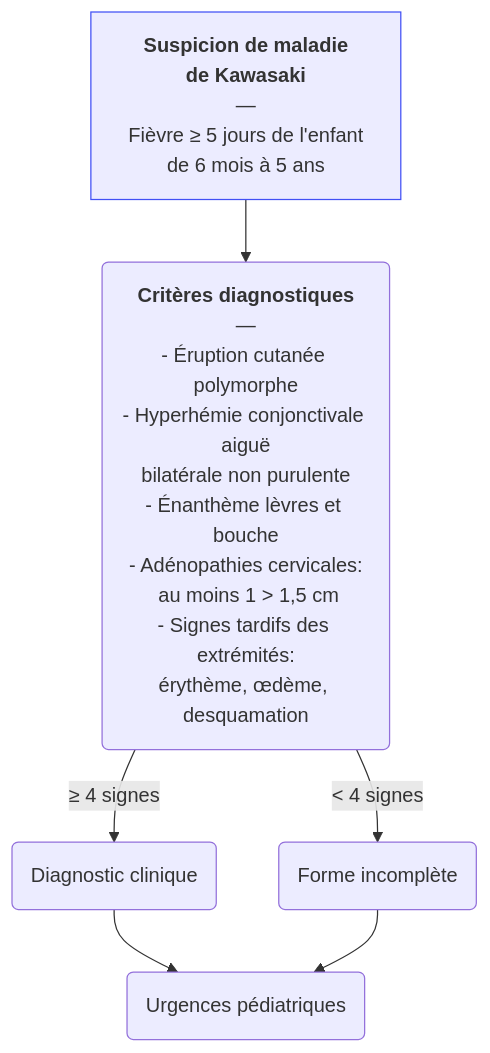
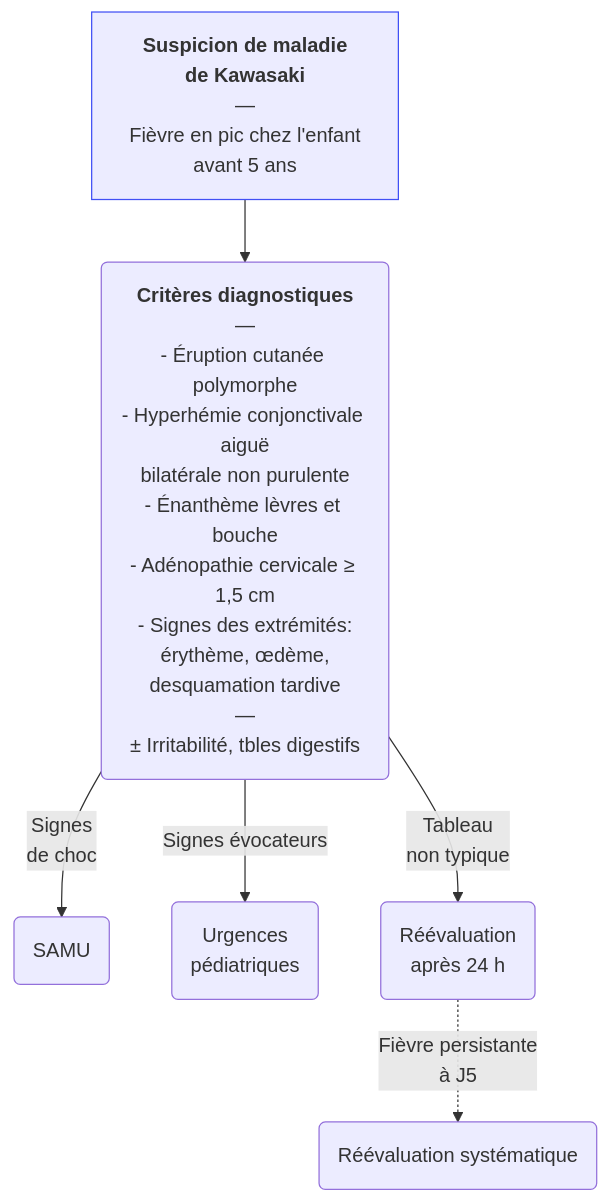
One commit to djibe/recommandations-medicales changed the diagram in content/recommandations/maladie-kawasaki.md. Above: the diagram before and after it, drawn with Mermaid. The commit also changed other lines of this file, not shown here.

```diff
--- a/content/recommandations/maladie-kawasaki.md
+++ b/content/recommandations/maladie-kawasaki.md
@@ -115,6 +131,7 @@
 {{< mermaid title="Prise en charge de la suspicion de maladie de Kawasaki par le médecin généraliste. Drs Alaedine Benani et JB Fron d'après PNDS 2022" >}}
 graph TB
-  suspicion["<b>Suspicion de maladie<br>de Kawasaki</b><br>—<br>Fièvre ≥ 5 jours de l'enfant<br>de 6 mois à 5 ans"] --> clinique("<b>Critères diagnostiques</b><br>—<br>- Éruption cutanée polymorphe<br>- Hyperhémie conjonctivale aiguë<br>bilatérale non purulente<br>- Énanthème lèvres et bouche<br>- Adénopathies cervicales:<br> au moins 1 &gt; 1,5 cm<br>- Signes tardifs des extrémités:<br>érythème, œdème, desquamation") -- "≥ 4 signes" --> diagnostic(Diagnostic clinique) --> urgences(Urgences pédiatriques)
-    clinique -- "&lt; 4 signes" --> incomplet(Forme incomplète) --> urgences
+  suspicion["<b>Suspicion de maladie<br>de Kawasaki</b><br>—<br>Fièvre en pic chez l'enfant<br>avant 5 ans"] --> clinique("<b>Critères diagnostiques</b><br>—<br>- Éruption cutanée polymorphe<br>- Hyperhémie conjonctivale aiguë<br>bilatérale non purulente<br>- Énanthème lèvres et bouche<br>- Adénopathie cervicale ≥ 1,5 cm<br>- Signes des extrémités:<br>érythème, œdème,<br>desquamation tardive<br>—<br>± Irritabilité, tbles digestifs") -- "Signes<br>de choc" --> SAMU(SAMU)
+    clinique -- "Signes évocateurs" --> urgences(Urgences<br>pédiatriques)
+    clinique -- "Tableau<br>non typique" --> réévaluation("Réévaluation<br>après 24 h") -. "Fièvre persistante<br>à J5" .-> J5("Réévaluation systématique")
   style suspicion stroke:#4150f5, stroke-width:1px
 {{< /mermaid >}}
```
